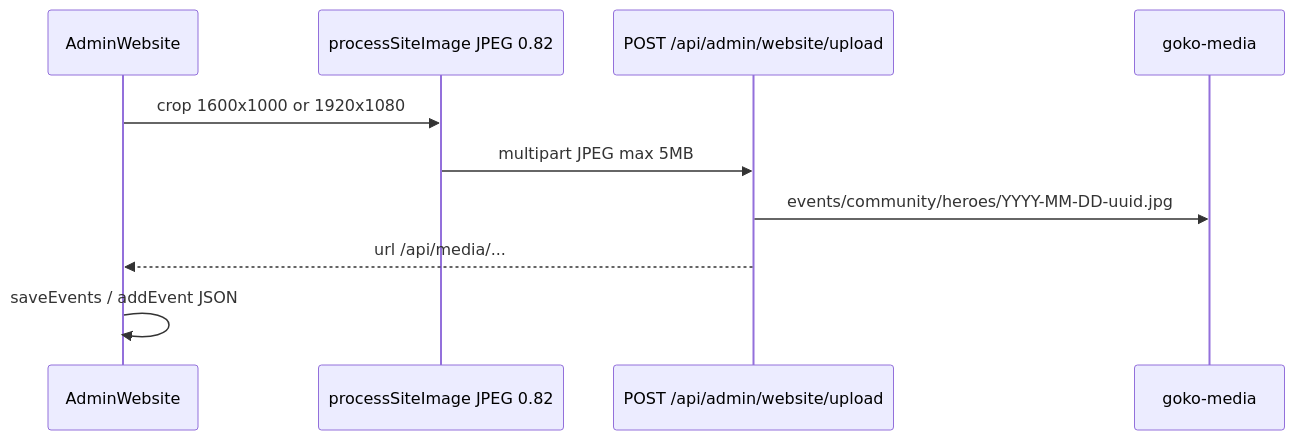
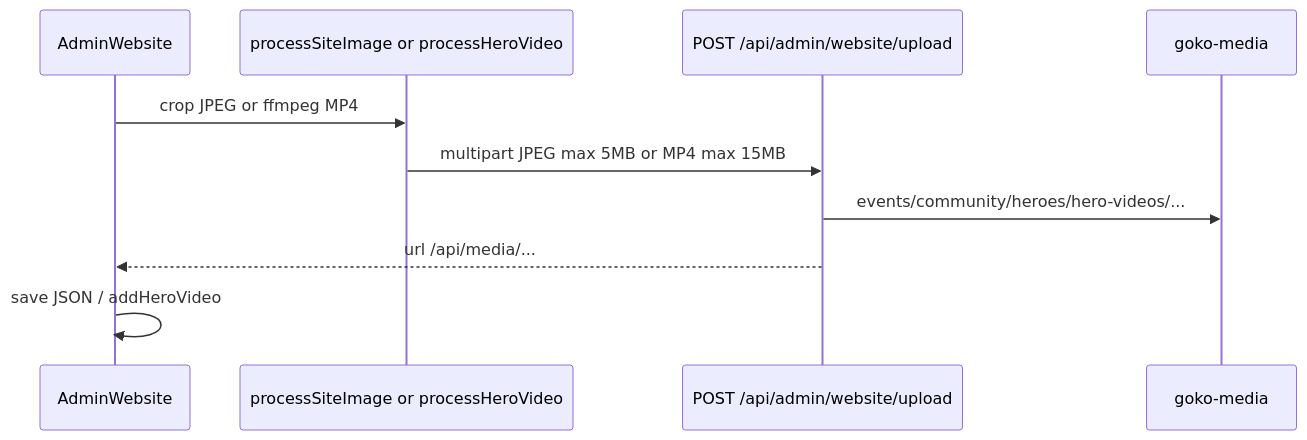
One commit to thegokosocial/GokoHostelWebpages changed the diagram in docs/flows-cms.md. Above: the diagram before and after it, drawn with Mermaid. The commit also changed other lines of this file and 50 other files, not shown here.

First line of the commit message:
Add CMS hero video library with per-page desktop/mobile assignment.

````diff
--- a/docs/flows-cms.md
+++ b/docs/flows-cms.md
@@ -25,12 +35,12 @@
 ```mermaid
 sequenceDiagram
   participant UI as AdminWebsite
-  participant P as processSiteImage JPEG 0.82
+  participant P as processSiteImage or processHeroVideo
   participant U as POST /api/admin/website/upload
   participant R2 as goko-media
-  UI->>P: crop 1600x1000 or 1920x1080
-  P->>U: multipart JPEG max 5MB
-  U->>R2: events/community/heroes/YYYY-MM-DD-uuid.jpg
+  UI->>P: crop JPEG or ffmpeg MP4
+  P->>U: multipart JPEG max 5MB or MP4 max 15MB
+  U->>R2: events/community/heroes/hero-videos/...
   U-->>UI: url /api/media/...
-  UI->>UI: saveEvents / addEvent JSON
+  UI->>UI: save JSON / addHeroVideo
 ```
````
